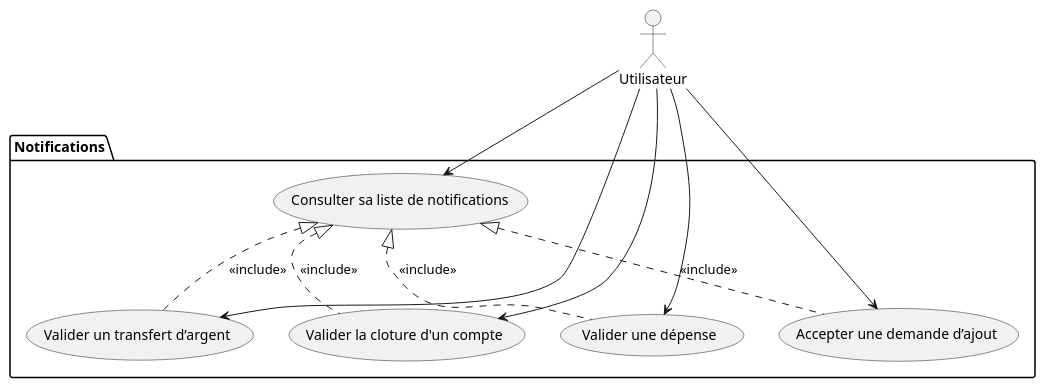
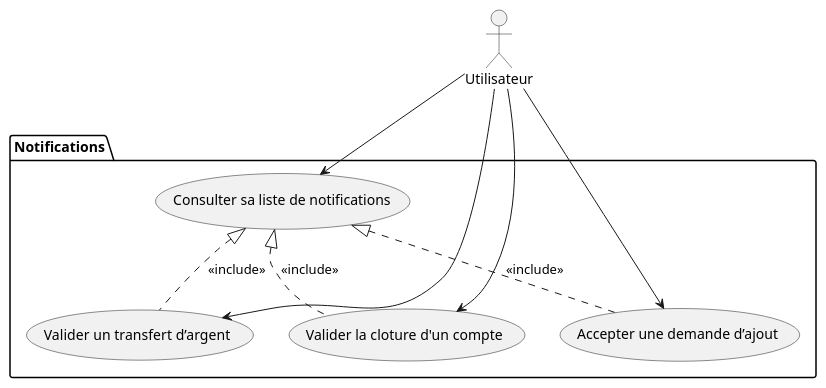
The diagram in diagrammes/specification/cas-utilisation/package-notifications.puml (lmtb06/sharecount), drawn with PlantUML before and after one commit. The commit also changed 11 other files, not shown here.

Commit message:
Modification des diagrammes de séquence

```diff
--- a/diagrammes/specification/cas-utilisation/package-notifications.puml
+++ b/diagrammes/specification/cas-utilisation/package-notifications.puml
@@ -1,25 +1,22 @@
 @startuml Gestion des dépenses
 
 actor "Utilisateur" as User
 
 package Notifications {
 		usecase "Consulter sa liste de notifications" as cln
 		usecase "Valider un transfert d’argent" as vuta
 		usecase "Valider la cloture d'un compte" as vcc
-		usecase "Valider une dépense" as vud
 		usecase "Accepter une demande d’ajout" as auda
 
 		cln <|.. auda : <<include>>
-		cln <|.. vud : <<include>>
 		cln <|.. vcc : <<include>>
 		cln <|.. vuta : <<include>>
 
 }
 
 User --> cln
 User --> auda
-User --> vud
 User --> vcc
 User --> vuta
 
 @enduml
```
